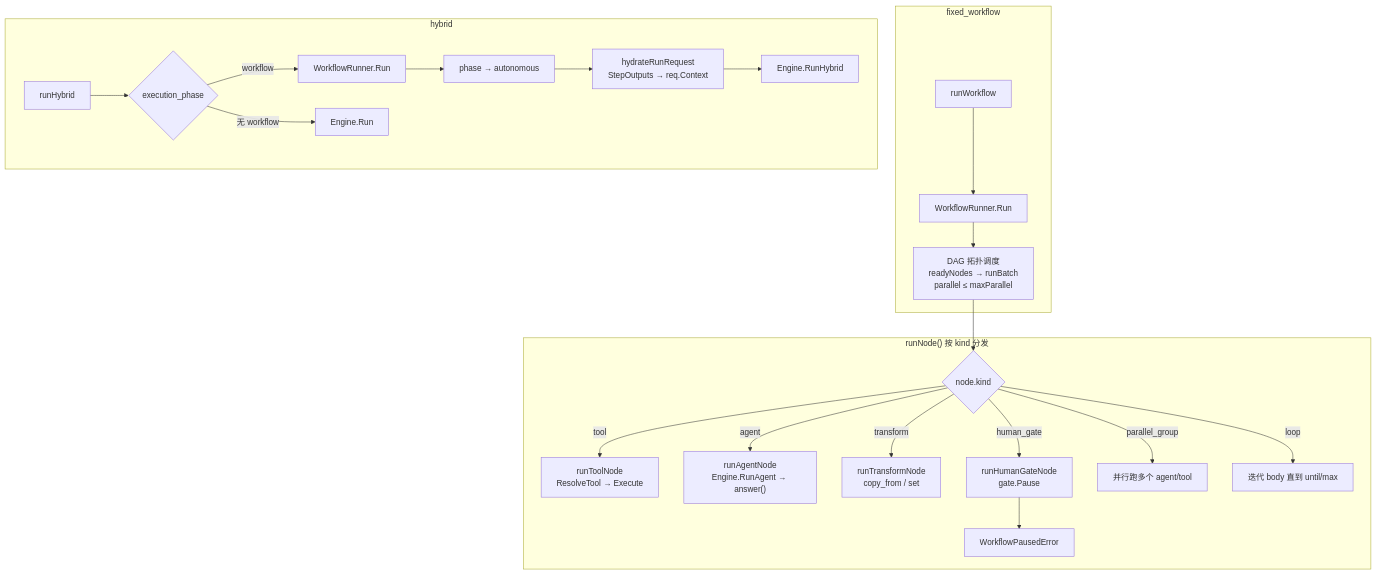
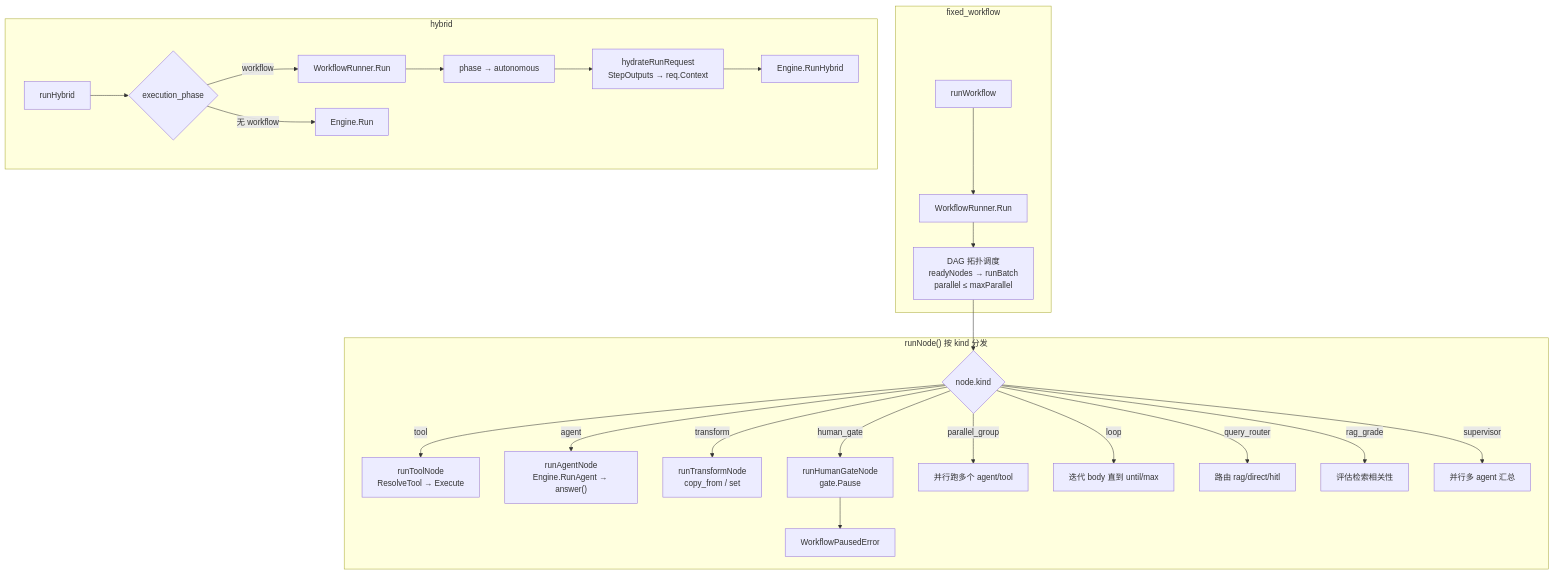
Before and after one commit to aijustin/agentflow-go: the fifth of 11 diagrams in docs/orchestration-flow.md, drawn with Mermaid. The commit also changed other lines of this file and 3 other files, not shown here.

````diff
--- a/docs/orchestration-flow.md
+++ b/docs/orchestration-flow.md
@@ -165,27 +165,30 @@
 ```mermaid
 flowchart TB
     subgraph FW_MODE["fixed_workflow"]
         FWR["runWorkflow"] --> WRR["WorkflowRunner.Run"]
         WRR --> DAG["DAG 拓扑调度<br/>readyNodes → runBatch<br/>parallel ≤ maxParallel"]
     end
 
     subgraph HYB_MODE["hybrid"]
         HR["runHybrid"] --> PHASE{"execution_phase"}
         PHASE -->|workflow| WRR2["WorkflowRunner.Run"]
         WRR2 --> SWITCH["phase → autonomous"]
         SWITCH --> HYDR["hydrateRunRequest<br/>StepOutputs → req.Context"]
         HYDR --> ERH["Engine.RunHybrid"]
         PHASE -->|无 workflow| ER["Engine.Run"]
     end
 
     subgraph NODE_DISPATCH["runNode() 按 kind 分发"]
         DAG --> ND{"node.kind"}
         ND -->|tool| TN["runToolNode<br/>ResolveTool → Execute"]
         ND -->|agent| AN["runAgentNode<br/>Engine.RunAgent → answer()"]
         ND -->|transform| TR["runTransformNode<br/>copy_from / set"]
         ND -->|human_gate| HG["runHumanGateNode<br/>gate.Pause"]
         ND -->|parallel_group| PG["并行跑多个 agent/tool"]
         ND -->|loop| LP["迭代 body 直到 until/max"]
+        ND -->|query_router| QR["路由 rag/direct/hitl"]
+        ND -->|rag_grade| RG["评估检索相关性"]
+        ND -->|supervisor| SV["并行多 agent 汇总"]
         HG --> WP["WorkflowPausedError"]
     end
 ```
````
